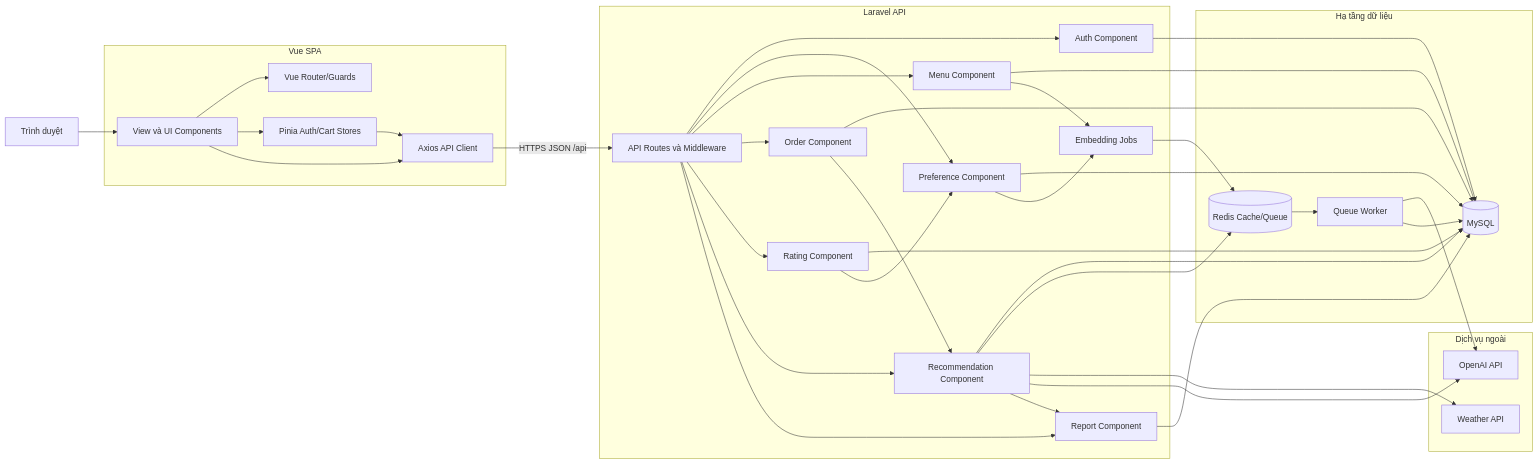
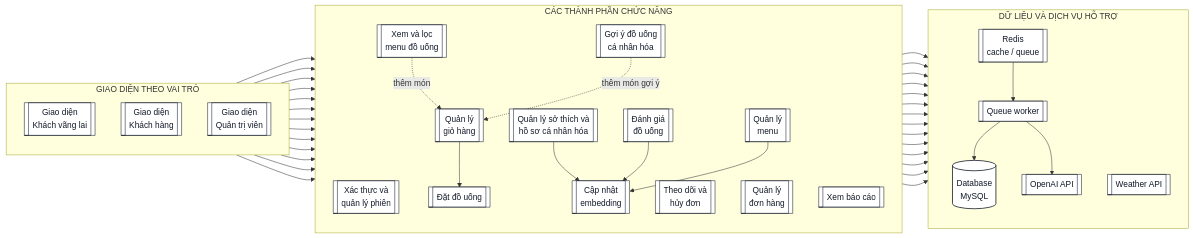
One commit to alisa12405/drink_app changed the diagram in tai_lieu_phan_tich_thiet_ke_he_thong/09-bieu-do-thanh-phan.md. Above: the diagram before and after it, drawn with Mermaid. The commit also changed other lines of this file and 2 other files, not shown here.

Commit message:
cập nhật tài liệu pttk

````diff
--- a/tai_lieu_phan_tich_thiet_ke_he_thong/09-bieu-do-thanh-phan.md
+++ b/tai_lieu_phan_tich_thiet_ke_he_thong/09-bieu-do-thanh-phan.md
@@ -9,71 +9,82 @@
 ```mermaid
 flowchart LR
-    Browser[Trình duyệt]
-
-    subgraph FE[Vue SPA]
-        Views[View và UI Components]
-        Stores[Pinia Auth/Cart Stores]
-        ApiClient[Axios API Client]
-        Router[Vue Router/Guards]
+    subgraph UI["GIAO DIỆN THEO VAI TRÒ"]
+        direction TB
+        GuestUI[["Giao diện<br/>Khách vãng lai"]]
+        CustomerUI[["Giao diện<br/>Khách hàng"]]
+        AdminUI[["Giao diện<br/>Quản trị viên"]]
     end
 
-    subgraph BE[Laravel API]
-        Routes[API Routes và Middleware]
-        Auth[Auth Component]
-        Preference[Preference Component]
-        Menu[Menu Component]
-        Order[Order Component]
-        Rating[Rating Component]
-        Recommendation[Recommendation Component]
-        Report[Report Component]
-        Jobs[Embedding Jobs]
+    subgraph FUNCTION["CÁC THÀNH PHẦN CHỨC NĂNG"]
+        direction TB
+        Auth[["Xác thực và<br/>quản lý phiên"]]
+        Preference[["Quản lý sở thích và<br/>hồ sơ cá nhân hóa"]]
+        Menu[["Xem và lọc<br/>menu đồ uống"]]
+        Recommendation[["Gợi ý đồ uống<br/>cá nhân hóa"]]
+        Cart[["Quản lý<br/>giỏ hàng"]]
+        Checkout[["Đặt đồ uống"]]
+        CustomerOrder[["Theo dõi và<br/>hủy đơn"]]
+        Rating[["Đánh giá<br/>đồ uống"]]
+        AdminMenu[["Quản lý<br/>menu"]]
+        AdminOrder[["Quản lý<br/>đơn hàng"]]
+        Report[["Xem báo cáo"]]
+        Embedding[["Cập nhật<br/>embedding"]]
     end
 
-    subgraph DATA[Hạ tầng dữ liệu]
-        MySQL[(MySQL)]
-        Redis[(Redis Cache/Queue)]
-        Worker[Queue Worker]
+    subgraph SUPPORT["DỮ LIỆU VÀ DỊCH VỤ HỖ TRỢ"]
+        direction TB
+        MySQL[("Database<br/>MySQL")]
+        Redis[["Redis<br/>cache / queue"]]
+        Worker[["Queue worker"]]
+        Weather[["Weather API"]]
+        OpenAI[["OpenAI API"]]
     end
 
-    subgraph EXT[Dịch vụ ngoài]
-        Weather[Weather API]
-        OpenAI[OpenAI API]
-    end
+    GuestUI --> Auth
+    GuestUI --> Menu
 
-    Browser --> Views
-    Views --> Router
-    Views --> Stores
-    Views --> ApiClient
-    Stores --> ApiClient
-    ApiClient -->|HTTPS JSON /api| Routes
+    CustomerUI --> Auth
+    CustomerUI --> Preference
+    CustomerUI --> Menu
+    CustomerUI --> Recommendation
+    CustomerUI --> Cart
+    CustomerUI --> CustomerOrder
+    CustomerUI --> Rating
 
-    Routes --> Auth
-    Routes --> Preference
-    Routes --> Menu
-    Routes --> Order
-    Routes --> Rating
-    Routes --> Recommendation
-    Routes --> Report
+    AdminUI --> Auth
+    AdminUI --> AdminMenu
+    AdminUI --> AdminOrder
+    AdminUI --> Report
+
+    Menu -. thêm món .-> Cart
+    Recommendation -. thêm món gợi ý .-> Cart
+    Cart --> Checkout
 
     Auth --> MySQL
     Preference --> MySQL
     Menu --> MySQL
-    Order --> MySQL
+    Recommendation --> MySQL
+    Checkout --> MySQL
+    CustomerOrder --> MySQL
     Rating --> MySQL
-    Recommendation --> MySQL
+    AdminMenu --> MySQL
+    AdminOrder --> MySQL
     Report --> MySQL
 
-    Preference --> Jobs
-    Menu --> Jobs
-    Rating --> Preference
-    Jobs --> Redis
+    Preference --> Embedding
+    Rating --> Embedding
+    AdminMenu --> Embedding
+    Embedding --> Redis
     Redis --> Worker
     Worker --> OpenAI
     Worker --> MySQL
 
     Recommendation --> Redis
     Recommendation --> Weather
     Recommendation --> OpenAI
-    Order --> Recommendation
-    Recommendation --> Report
+
+    classDef component fill:#ffffff,stroke:#111827,color:#111827,stroke-width:1px;
+    classDef database fill:#ffffff,stroke:#111827,color:#111827,stroke-width:1.5px;
+    class GuestUI,CustomerUI,AdminUI,Auth,Preference,Menu,Recommendation,Cart,Checkout,CustomerOrder,Rating,AdminMenu,AdminOrder,Report,Embedding,Redis,Worker,Weather,OpenAI component;
+    class MySQL database;
 ```
````
